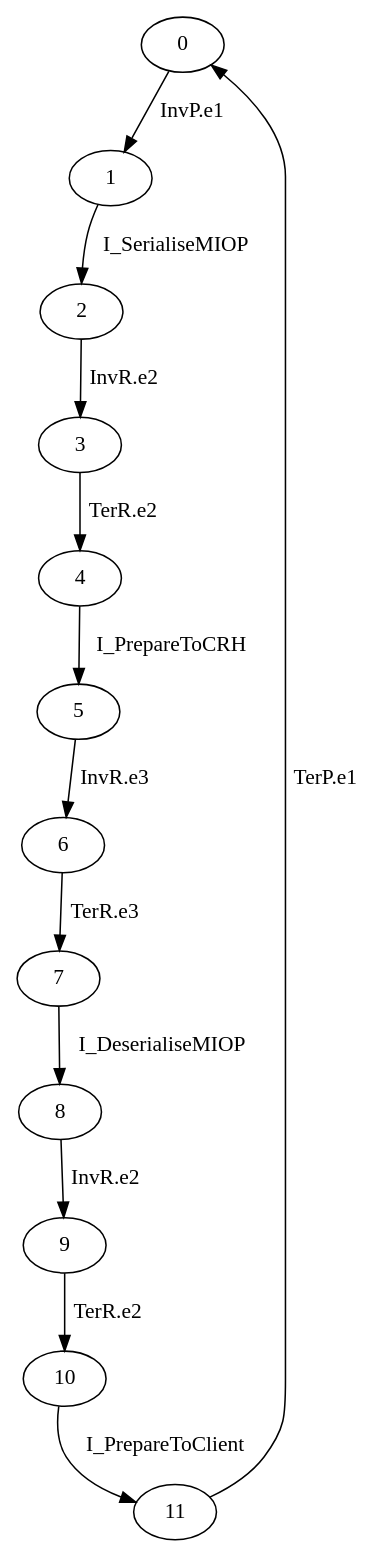
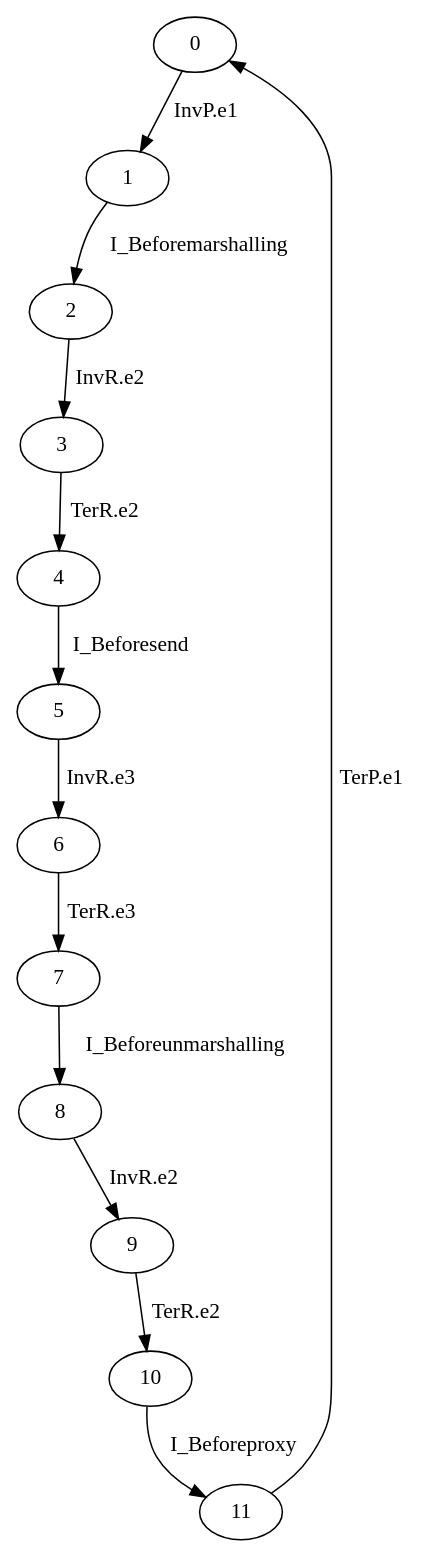
The diagram in src/gmidarch/development/repositories/dot/Requestor.dot (gfads/midarch), drawn with Graphviz before and after one commit. The commit also changed 668 other files, not shown here.

```diff
--- a/src/gmidarch/development/repositories/dot/Requestor.dot
+++ b/src/gmidarch/development/repositories/dot/Requestor.dot
@@ -1,14 +1,14 @@
 digraph G {
   0 -> 1 [ label="InvP.e1" ];
-  1 -> 2 [ label="I_SerialiseMIOP" ];
+  1 -> 2 [ label="I_Beforemarshalling" ];
   2 -> 3 [ label="InvR.e2" ];
   3 -> 4 [ label="TerR.e2" ];
-  4 -> 5 [ label="I_PrepareToCRH" ];
+  4 -> 5 [ label="I_Beforesend" ];
   5 -> 6 [ label="InvR.e3" ];
   6 -> 7 [ label="TerR.e3" ];
-  7 -> 8 [ label="I_DeserialiseMIOP" ];
+  7 -> 8 [ label="I_Beforeunmarshalling" ];
   8 -> 9 [ label="InvR.e2" ];
   9 -> 10 [ label="TerR.e2" ];
-  10 -> 11 [ label="I_PrepareToClient" ];
+  10 -> 11 [ label="I_Beforeproxy" ];
   11 -> 0 [ label="TerP.e1" ];
 }
```
